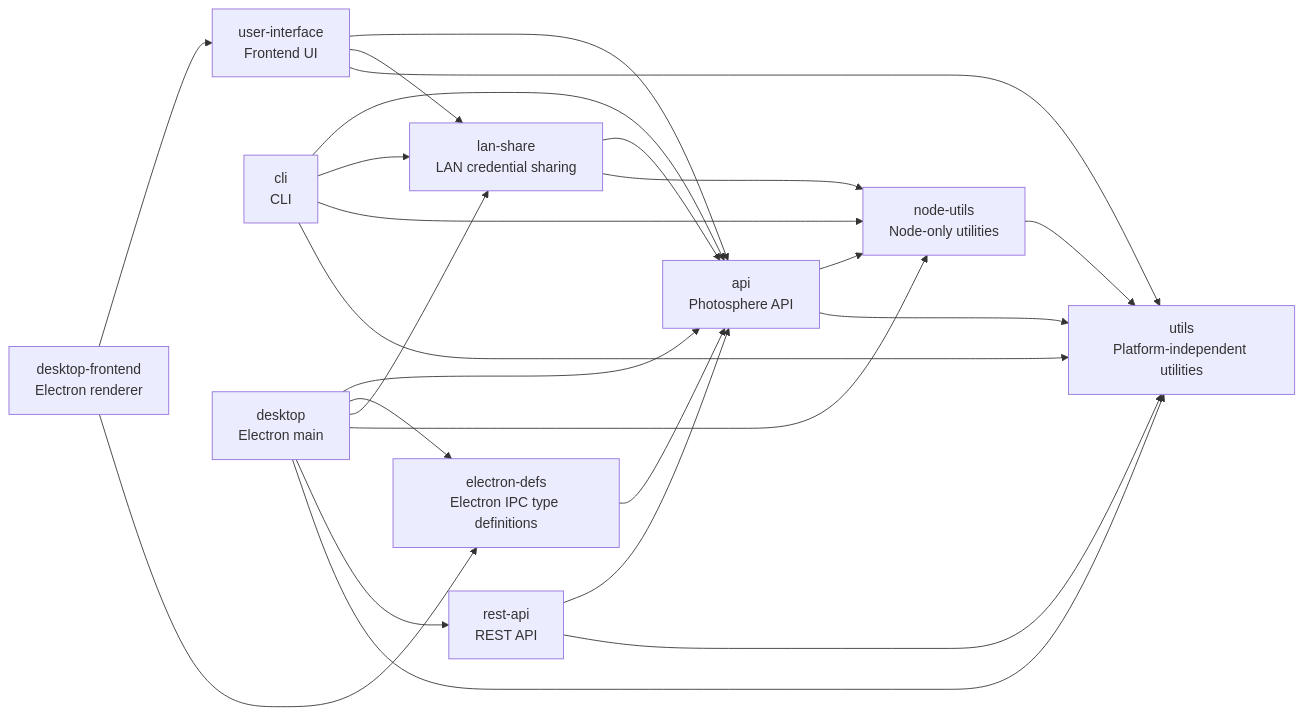
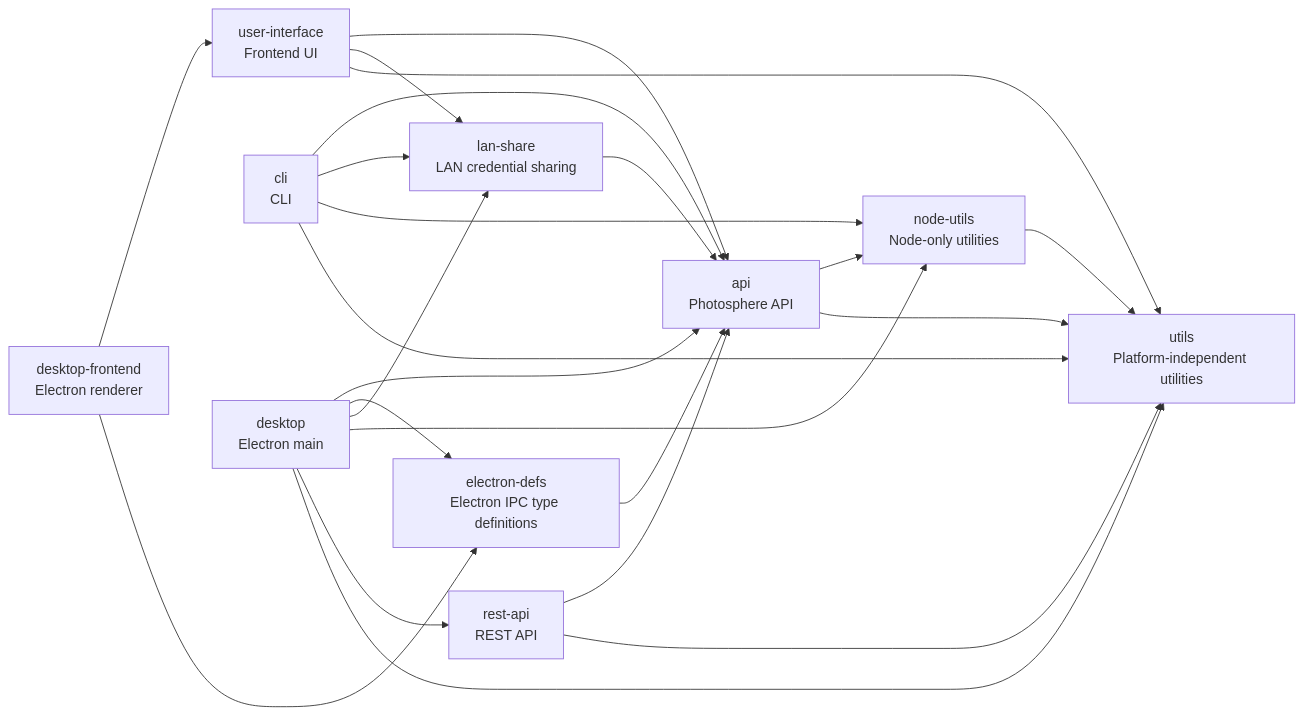
Before and after one commit to ashleydavis/photosphere: the diagram in docs/dependencies.md, drawn with Mermaid. The commit also changed 2 other files, not shown here.

Commit message:
Removed unused node-utils dependency from lan-share
`node-utils` was listed as a dependency of `lan-share` in its `package.json` but was never actually imported anywhere in the package's source code. This removes the spurious dependency.

The lockfile was regenerated and `docs/dependencies.md` was updated to reflect the corrected dependency graph, removing the `lanshare --> nodeutils` edge.

````diff
--- a/docs/dependencies.md
+++ b/docs/dependencies.md
@@ -3,23 +3,23 @@
 ```mermaid
 flowchart LR
     utils["utils<br/>Platform-independent utilities"]
     edefs["electron-defs<br/>Electron IPC type definitions"]
     nodeutils["node-utils<br/>Node-only utilities"]
     lanshare["lan-share<br/>LAN credential sharing"]
     api["api<br/>Photosphere API"]
     restapi["rest-api<br/>REST API"]
     ui["user-interface<br/>Frontend UI"]
     cli["cli<br/>CLI"]
     desktop["desktop<br/>Electron main"]
     desktopfe["desktop-frontend<br/>Electron renderer"]
 
     nodeutils --> utils
-    lanshare --> api & nodeutils
+    lanshare --> api
     api --> nodeutils & utils
     edefs --> api
     restapi --> api & utils
     ui --> api & lanshare & utils
     cli --> api & lanshare & nodeutils & utils
     desktop --> api & edefs & lanshare & nodeutils & restapi & utils
     desktopfe --> ui & edefs
 ```
````
